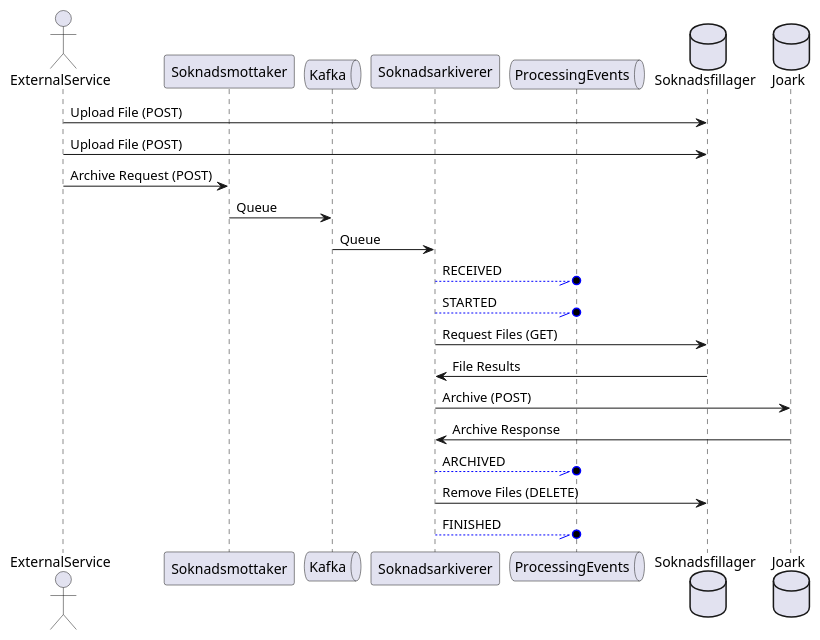
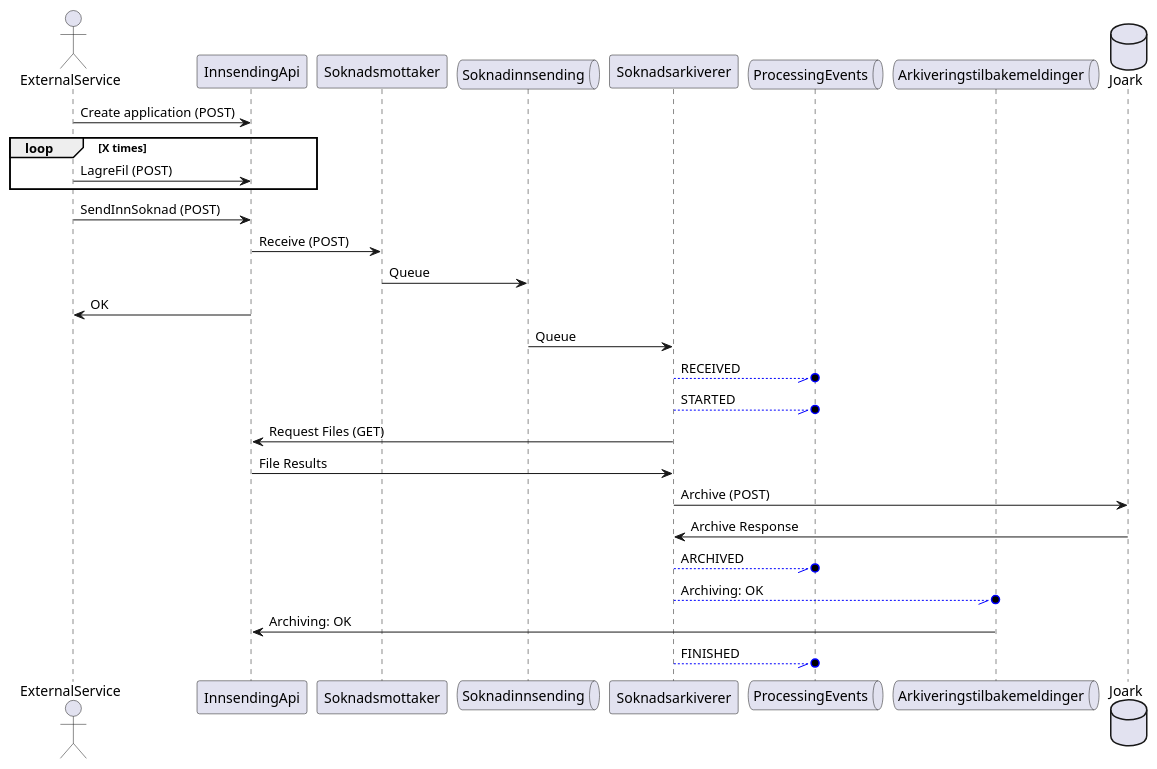
The diagram in docs/uml.plantuml (navikt/archiving-infrastructure), drawn with PlantUML before and after one commit.

Commit message:
update uml

```diff
--- a/docs/uml.plantuml
+++ b/docs/uml.plantuml
@@ -1,23 +1,29 @@
 @startuml
 actor       ExternalService
+participant InnsendingApi
 participant Soknadsmottaker
-queue       Kafka
+queue       Soknadinnsending
 participant Soknadsarkiverer
 queue       ProcessingEvents
-database    Soknadsfillager
+queue       Arkiveringstilbakemeldinger
 database    Joark
-ExternalService  ->             Soknadsfillager  : Upload File (POST)
-ExternalService  ->             Soknadsfillager  : Upload File (POST)
-ExternalService  ->             Soknadsmottaker  : Archive Request (POST)
-Soknadsmottaker  ->             Kafka            : Queue
-Kafka            ->             Soknadsarkiverer : Queue
+ExternalService  ->             InnsendingApi    : Create application (POST)
+loop X times
+    ExternalService  ->             InnsendingApi    : LagreFil (POST)
+end
+ExternalService  ->             InnsendingApi    : SendInnSoknad (POST)
+InnsendingApi    ->             Soknadsmottaker  : Receive (POST)
+Soknadsmottaker  ->             Soknadinnsending            : Queue
+InnsendingApi    ->             ExternalService  : OK
+Soknadinnsending            ->             Soknadsarkiverer : Queue
 Soknadsarkiverer -[#0000FF]-//o ProcessingEvents : RECEIVED
 Soknadsarkiverer -[#0000FF]-//o ProcessingEvents : STARTED
-Soknadsarkiverer ->             Soknadsfillager  : Request Files (GET)
-Soknadsfillager  ->             Soknadsarkiverer : File Results
+Soknadsarkiverer ->             InnsendingApi    : Request Files (GET)
+InnsendingApi    ->             Soknadsarkiverer : File Results
 Soknadsarkiverer ->             Joark            : Archive (POST)
 Joark            ->             Soknadsarkiverer : Archive Response
 Soknadsarkiverer -[#0000FF]-//o ProcessingEvents : ARCHIVED
-Soknadsarkiverer ->             Soknadsfillager  : Remove Files (DELETE)
+Soknadsarkiverer -[#0000FF]-//o Arkiveringstilbakemeldinger            : Archiving: OK
+Arkiveringstilbakemeldinger -> InnsendingApi    : Archiving: OK
 Soknadsarkiverer -[#0000FF]-//o ProcessingEvents : FINISHED
 @enduml
```
